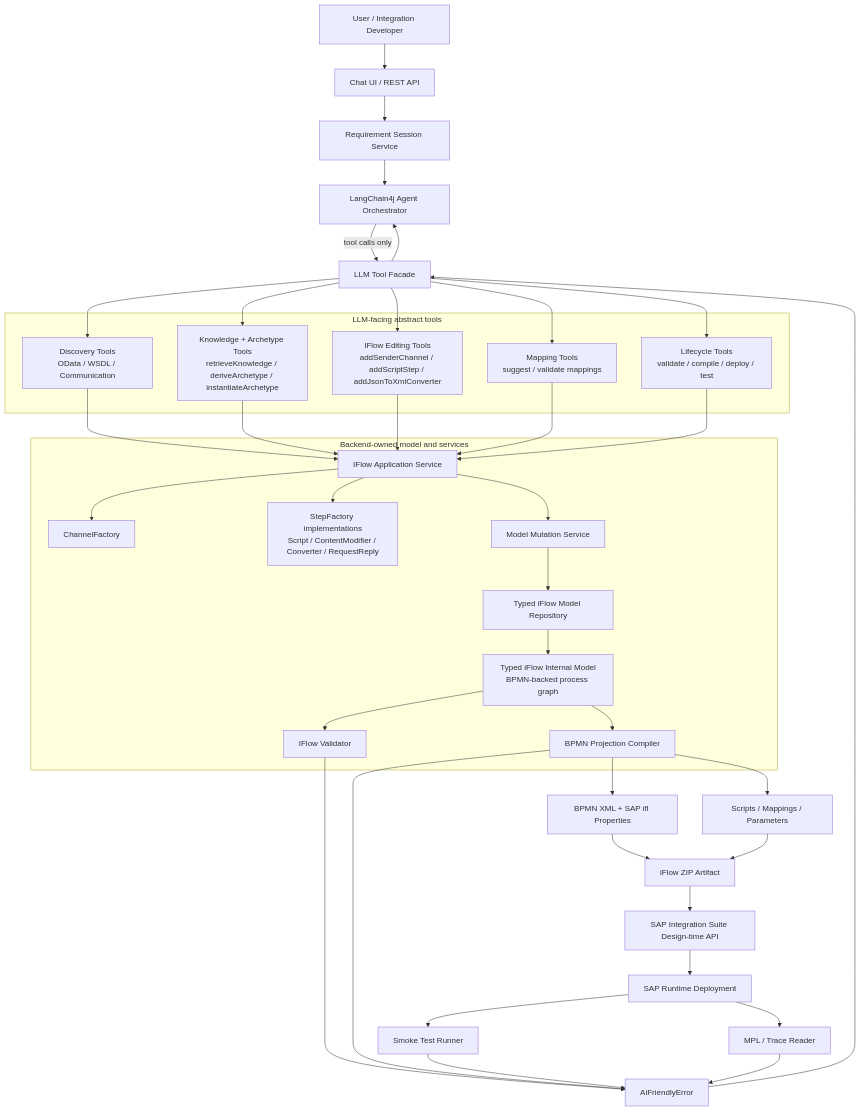
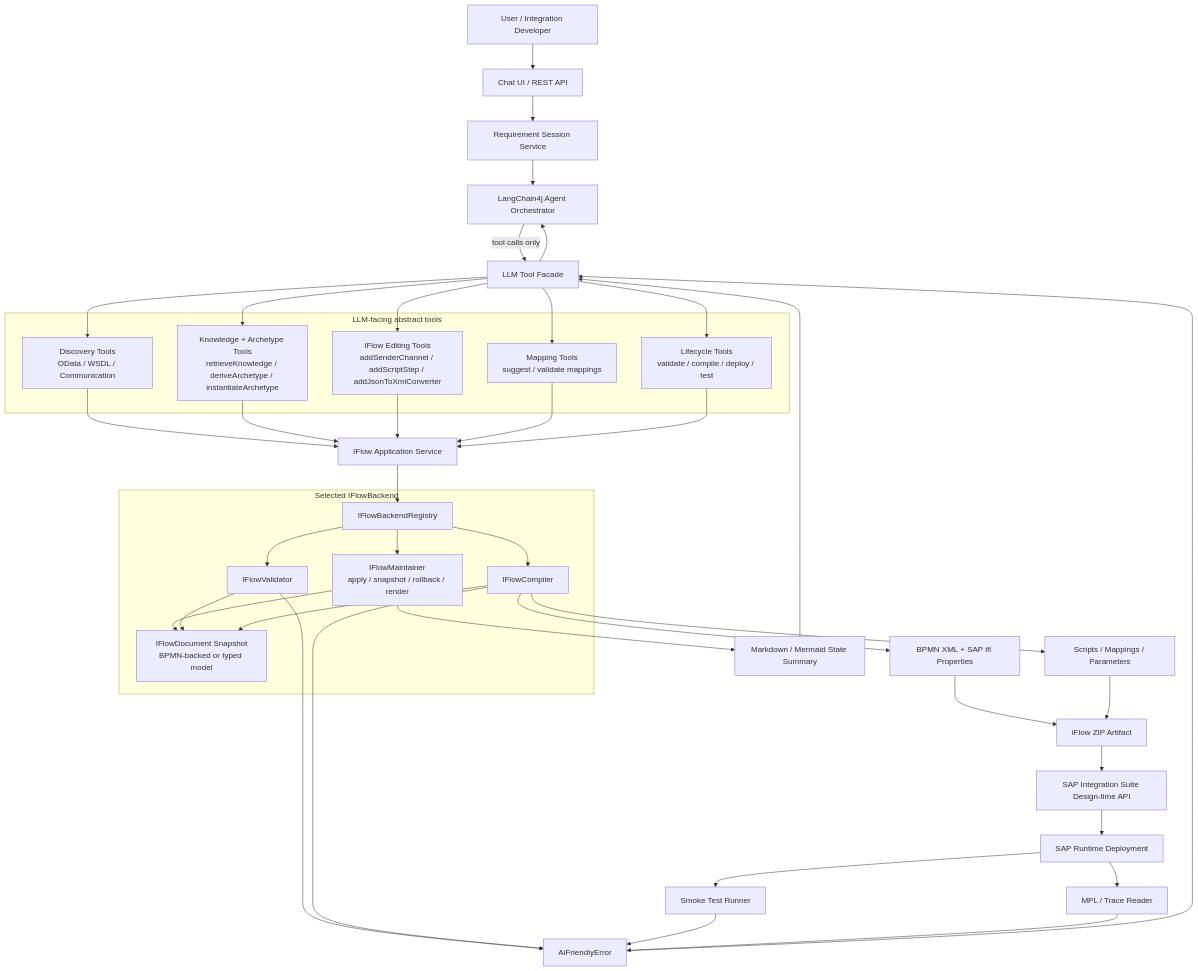
Before and after one commit to hqqw2h-lgtm/integrationsuite-agent: the first of 3 diagrams in docs/02-architecture.md, drawn with Mermaid. The commit also changed other lines of this file and 3 other files, not shown here.

Commit message:
Document maintainer engineering controls

````diff
--- a/docs/02-architecture.md
+++ b/docs/02-architecture.md
@@ -15,55 +15,58 @@
 ```mermaid
 flowchart TD
     User[User / Integration Developer] --> UI[Chat UI / REST API]
     UI --> Session[Requirement Session Service]
     Session --> Orchestrator[LangChain4j Agent Orchestrator]
 
     Orchestrator -->|tool calls only| Facade[LLM Tool Facade]
 
     subgraph LLMTools[LLM-facing abstract tools]
         Discovery[Discovery Tools<br/>OData / WSDL / Communication]
         Knowledge[Knowledge + Archetype Tools<br/>retrieveKnowledge / deriveArchetype / instantiateArchetype]
         Edit[IFlow Editing Tools<br/>addSenderChannel / addScriptStep / addJsonToXmlConverter]
         Mapping[Mapping Tools<br/>suggest / validate mappings]
         Lifecycle[Lifecycle Tools<br/>validate / compile / deploy / test]
     end
 
     Facade --> Discovery
     Facade --> Knowledge
     Facade --> Edit
     Facade --> Mapping
     Facade --> Lifecycle
 
     Discovery --> App[IFlow Application Service]
     Knowledge --> App
     Edit --> App
     Mapping --> App
     Lifecycle --> App
 
-    subgraph Backend[Backend-owned model and services]
-        App --> ChannelFactory[ChannelFactory]
-        App --> StepFactories[StepFactory implementations<br/>Script / ContentModifier / Converter / RequestReply]
-        App --> ModelService[Model Mutation Service]
-        ModelService --> Repo[Typed iFlow Model Repository]
-        Repo --> Model[Typed iFlow Internal Model<br/>BPMN-backed process graph]
-        Model --> Validator[IFlow Validator]
-        Model --> Compiler[BPMN Projection Compiler]
+    App --> Registry[IFlowBackendRegistry]
+
+    subgraph Backend[Selected IFlowBackend]
+        Registry --> Maintainer[IFlowMaintainer<br/>apply / snapshot / rollback / render]
+        Registry --> Validator[IFlowValidator]
+        Registry --> Compiler[IFlowCompiler]
+        Maintainer --> Document[IFlowDocument Snapshot<br/>BPMN-backed or typed model]
+        Validator --> Document
+        Compiler --> Document
     end
 
     Compiler --> Bpmn[BPMN XML + SAP ifl Properties]
     Compiler --> Resources[Scripts / Mappings / Parameters]
     Bpmn --> Zip[iFlow ZIP Artifact]
     Resources --> Zip
 
     Zip --> SapDesign[SAP Integration Suite Design-time API]
     SapDesign --> SapRuntime[SAP Runtime Deployment]
     SapRuntime --> Smoke[Smoke Test Runner]
     SapRuntime --> Mpl[MPL / Trace Reader]
 
+    Maintainer --> Summary[Markdown / Mermaid State Summary]
+    Summary --> Facade
     Validator --> Error[AiFriendlyError]
     Compiler --> Error
     Smoke --> Error
     Mpl --> Error
     Error --> Facade
     Facade --> Orchestrator
 ```
````
